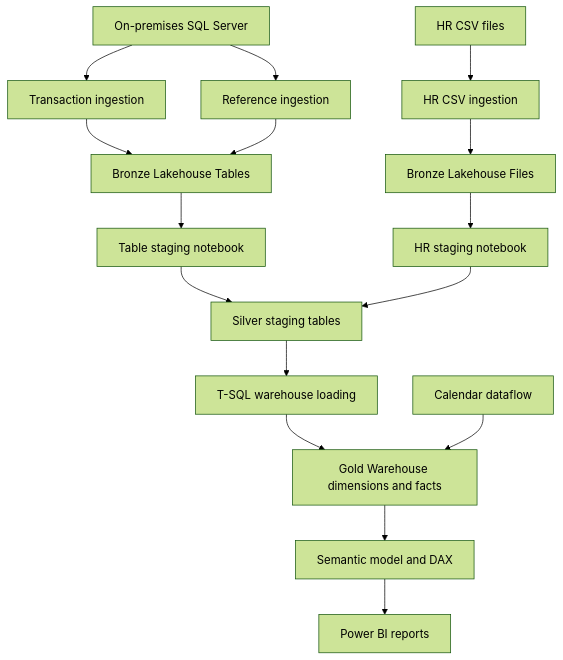
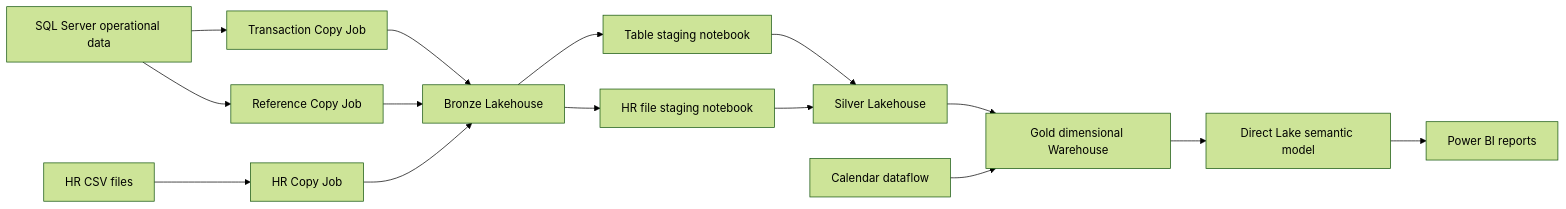
The diagram in README.md (osareniho-oni/fabric-retail-analytics-platform), drawn with Mermaid (forest theme) before and after one commit. The commit also changed other lines of this file and 20 other files, not shown here.

````diff
--- a/README.md
+++ b/README.md
@@ -17,18 +33,17 @@
 ```mermaid
-flowchart TD
-    SQL[On-premises SQL Server] --> TC[Transaction ingestion]
-    SQL --> RC[Reference ingestion]
-    HR[HR CSV files] --> FC[HR CSV ingestion]
-    TC --> BT[Bronze Lakehouse Tables]
-    RC --> BT
-    FC --> BF[Bronze Lakehouse Files]
-    BT --> TN[Table staging notebook]
-    BF --> FN[HR staging notebook]
-    TN --> S[Silver staging tables]
-    FN --> S
-    S --> SP[T-SQL warehouse loading]
-    SP --> W[Gold Warehouse dimensions and facts]
-    D[Calendar dataflow] --> W
-    W --> M[Semantic model and DAX]
-    M --> P[Power BI reports]
+flowchart LR
+    SQL[SQL Server operational data] --> TC[Transaction Copy Job]
+    SQL --> RC[Reference Copy Job]
+    HR[HR CSV files] --> HC[HR Copy Job]
+    TC --> BL[Bronze Lakehouse]
+    RC --> BL
+    HC --> BL
+    BL --> TB[Table staging notebook]
+    BL --> FB[HR file staging notebook]
+    TB --> SL[Silver Lakehouse]
+    FB --> SL
+    SL --> WH[Gold dimensional Warehouse]
+    CAL[Calendar dataflow] --> WH
+    WH --> SM[Direct Lake semantic model]
+    SM --> BI[Power BI reports]
 ```
````
